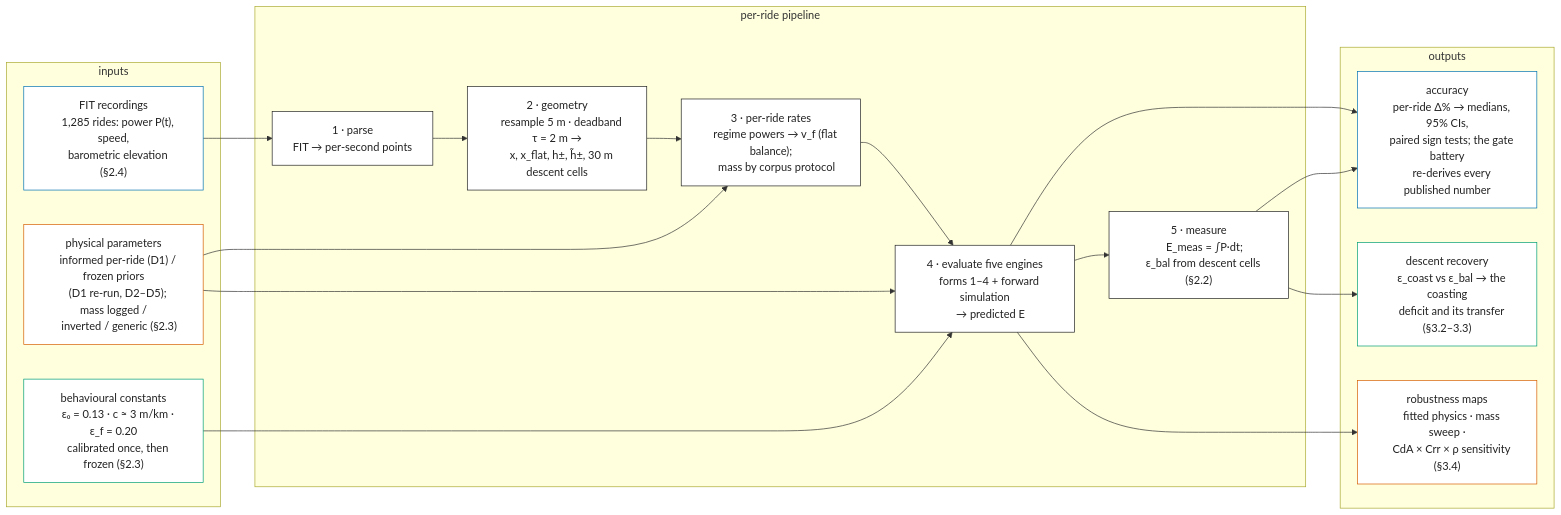
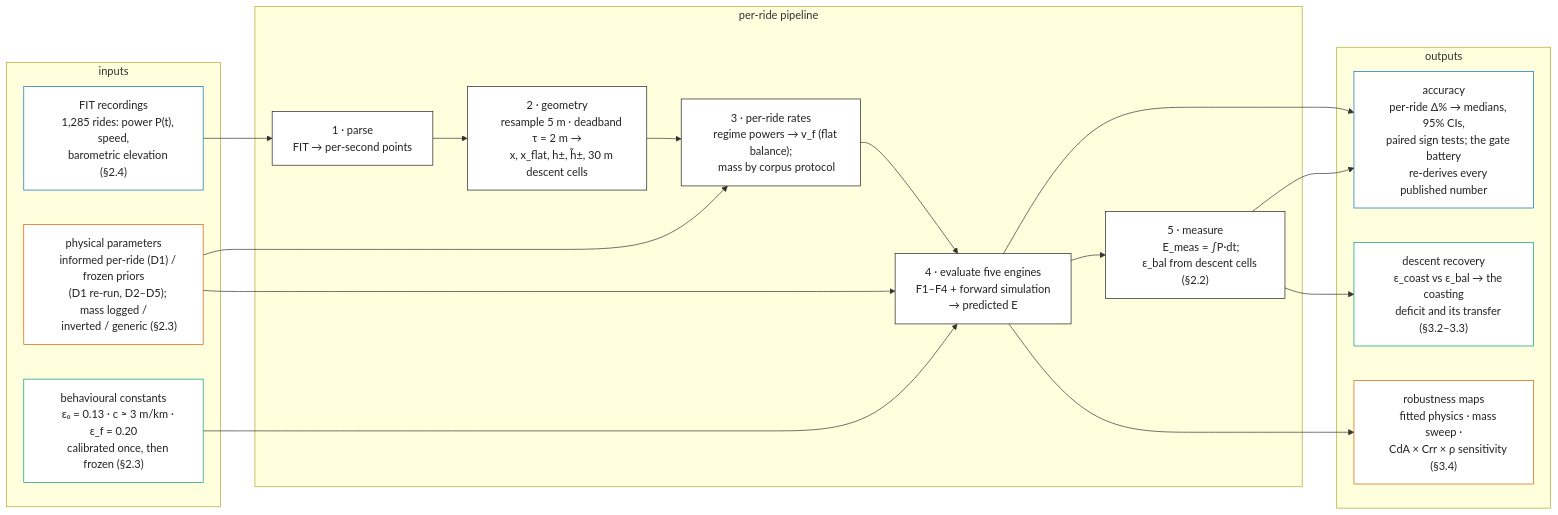
One commit to danlessa/bicycling-energy-model changed the first of 2 diagrams in research/article/paper1-closed-form.md. Above: the diagram before and after it, drawn with Mermaid. The commit also changed other lines of this file and 6 other files, not shown here.

````diff
--- a/research/article/paper1-closed-form.md
+++ b/research/article/paper1-closed-form.md
@@ -151,60 +186,60 @@
 ```mermaid
 flowchart LR
   subgraph IN["inputs"]
     A["FIT recordings
     1,285 rides: power P(t), speed,
     barometric elevation (§2.4)"]
     B["physical parameters
     informed per-ride (D1) / frozen priors
     (D1 re-run, D2–D5); mass logged /
     inverted / generic (§2.3)"]
     C["behavioural constants
     ε₀ = 0.13 · c ≈ 3 m/km · ε_f = 0.20
     calibrated once, then frozen (§2.3)"]
   end
   subgraph PIPE["per-ride pipeline"]
     P1["1 · parse
     FIT → per-second points"]
     P2["2 · geometry
     resample 5 m · deadband τ = 2 m →
     x, x_flat, h±, h̃±, 30 m descent cells"]
     P3["3 · per-ride rates
     regime powers → v_f (flat balance);
     mass by corpus protocol"]
     P4["4 · evaluate five engines
-    forms 1–4 + forward simulation
+    F1–F4 + forward simulation
     → predicted E"]
     P5["5 · measure
     E_meas = ∫P·dt;
     ε_bal from descent cells (§2.2)"]
     P1 --> P2 --> P3 --> P4 --> P5
   end
   subgraph OUT["outputs"]
     O1["accuracy
     per-ride Δ% → medians, 95% CIs,
     paired sign tests; the gate battery
     re-derives every published number"]
     O2["descent recovery
     ε_coast vs ε_bal → the coasting
     deficit and its transfer (§3.2–3.3)"]
     O3["robustness maps
     fitted physics · mass sweep ·
     CdA × Crr × ρ sensitivity (§3.4)"]
   end
   A --> P1
   B --> P3
   B --> P4
   C --> P4
   P4 --> O1
   P5 --> O1
   P5 --> O2
   P4 --> O3
   classDef blue stroke:#0072B2,fill:#fff,color:#222
   classDef verm stroke:#D55E00,fill:#fff,color:#222
   classDef green stroke:#009E73,fill:#fff,color:#222
   classDef ink stroke:#222222,fill:#fff,color:#222
   class A,O1 blue
   class B,O3 verm
   class C,O2 green
   class P1,P2,P3,P4,P5 ink
 ```
````
